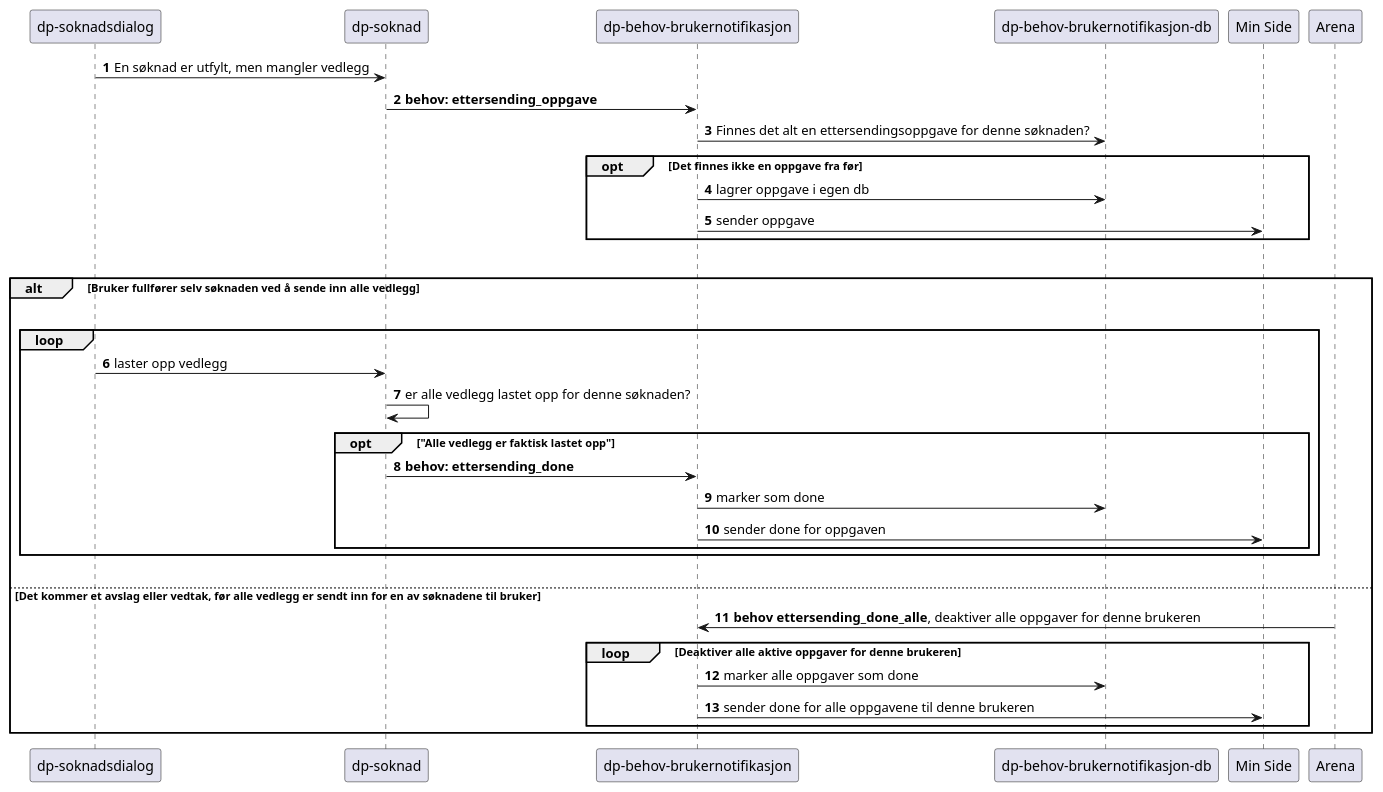
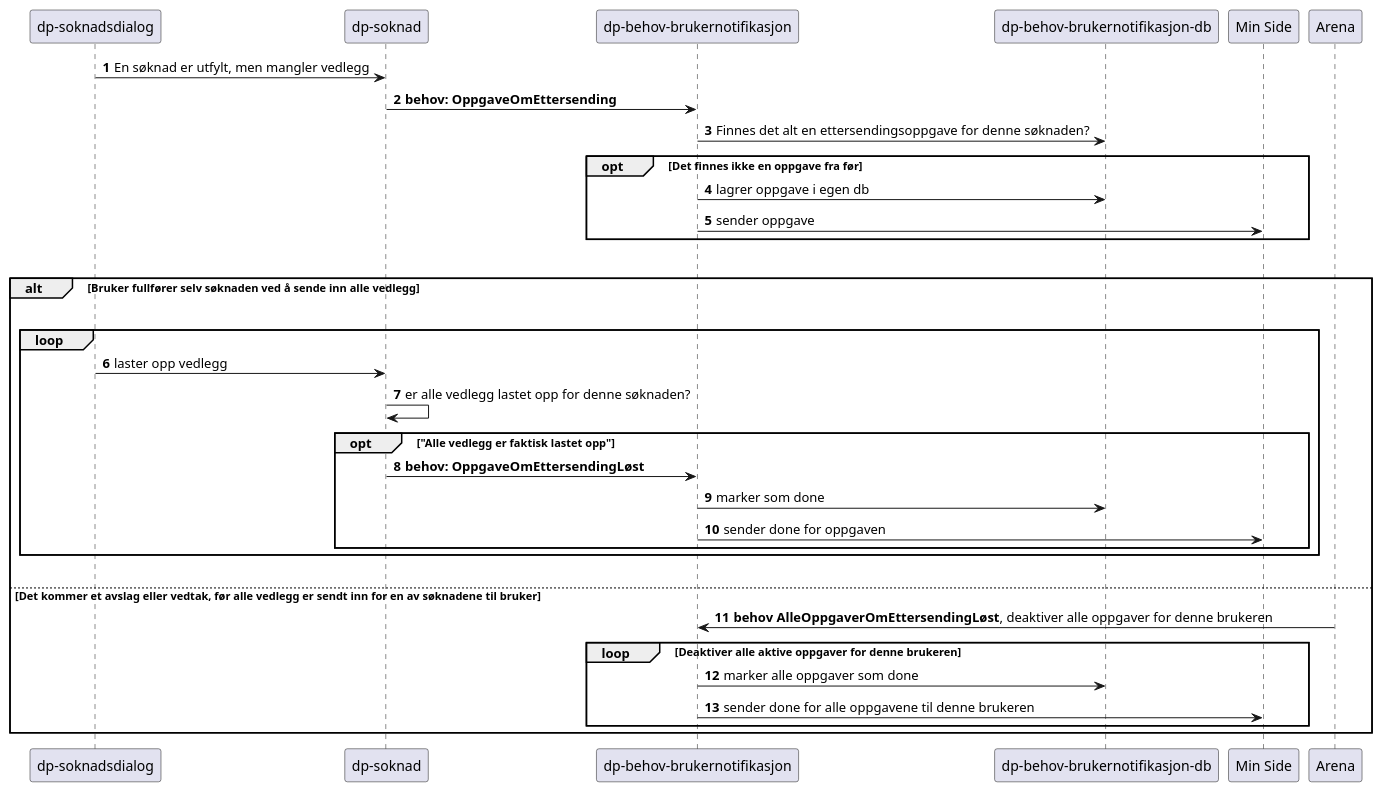
The diagram in docs/flytForOppgaveVedEttersending.puml (navikt/dp-varsel), drawn with PlantUML before and after one commit.

Commit message:
Oppdatert figuren med de nye behovnavnene
DAG-737
DAG-740

```diff
--- a/docs/flytForOppgaveVedEttersending.puml
+++ b/docs/flytForOppgaveVedEttersending.puml
@@ -1,34 +1,34 @@
 @startuml
 
 autonumber
 
 "dp-soknadsdialog" -> "dp-soknad": En søknad er utfylt, men mangler vedlegg
-"dp-soknad" -> "dp-behov-brukernotifikasjon": **behov: ettersending_oppgave**
+"dp-soknad" -> "dp-behov-brukernotifikasjon": **behov: OppgaveOmEttersending**
 "dp-behov-brukernotifikasjon" -> "dp-behov-brukernotifikasjon-db": Finnes det alt en ettersendingsoppgave for denne søknaden?
 
 opt Det finnes ikke en oppgave fra før
     "dp-behov-brukernotifikasjon" -> "dp-behov-brukernotifikasjon-db": lagrer oppgave i egen db
     "dp-behov-brukernotifikasjon" -> "Min Side": sender oppgave
 end
 
 |||
 alt Bruker fullfører selv søknaden ved å sende inn alle vedlegg
     |||
     loop
         "dp-soknadsdialog" -> "dp-soknad": laster opp vedlegg
         "dp-soknad" -> "dp-soknad": er alle vedlegg lastet opp for denne søknaden?
         opt "Alle vedlegg er faktisk lastet opp"
-            "dp-soknad" -> "dp-behov-brukernotifikasjon": **behov: ettersending_done**
+            "dp-soknad" -> "dp-behov-brukernotifikasjon": **behov: OppgaveOmEttersendingLøst**
             "dp-behov-brukernotifikasjon" -> "dp-behov-brukernotifikasjon-db": marker som done
             "dp-behov-brukernotifikasjon" -> "Min Side": sender done for oppgaven
         end
     end
     |||
 else Det kommer et avslag eller vedtak, før alle vedlegg er sendt inn for en av søknadene til bruker
-    "Arena" -> "dp-behov-brukernotifikasjon": **behov ettersending_done_alle**, deaktiver alle oppgaver for denne brukeren
+    "Arena" -> "dp-behov-brukernotifikasjon": **behov AlleOppgaverOmEttersendingLøst**, deaktiver alle oppgaver for denne brukeren
     loop Deaktiver alle aktive oppgaver for denne brukeren
         "dp-behov-brukernotifikasjon" -> "dp-behov-brukernotifikasjon-db": marker alle oppgaver som done
         "dp-behov-brukernotifikasjon" -> "Min Side": sender done for alle oppgavene til denne brukeren
     end
 end
 @enduml
```
